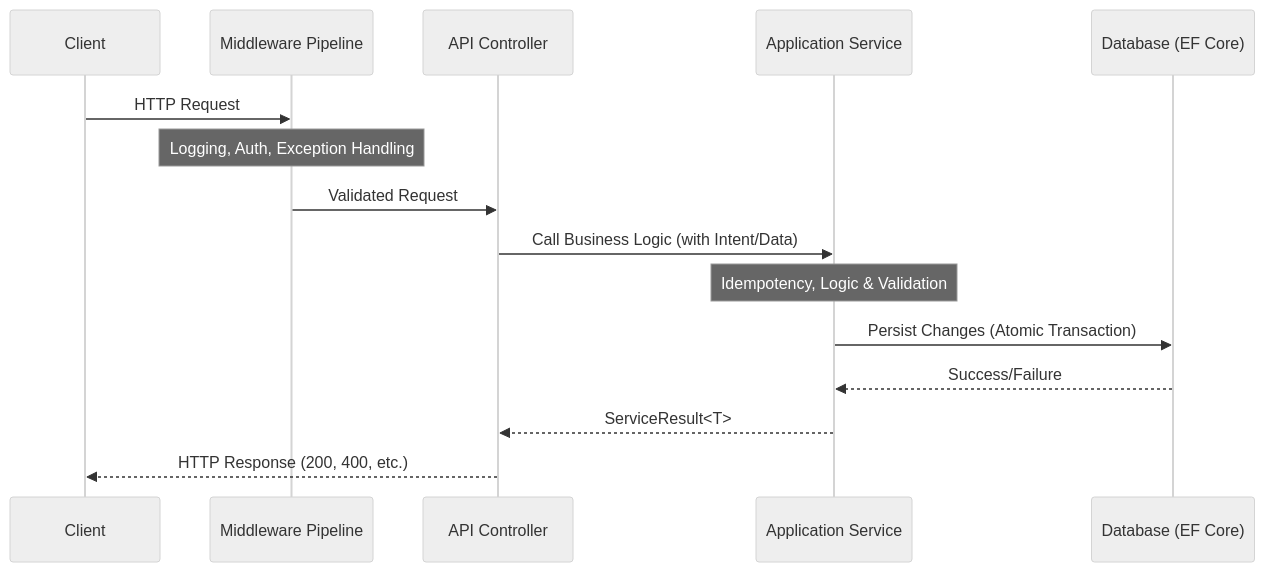
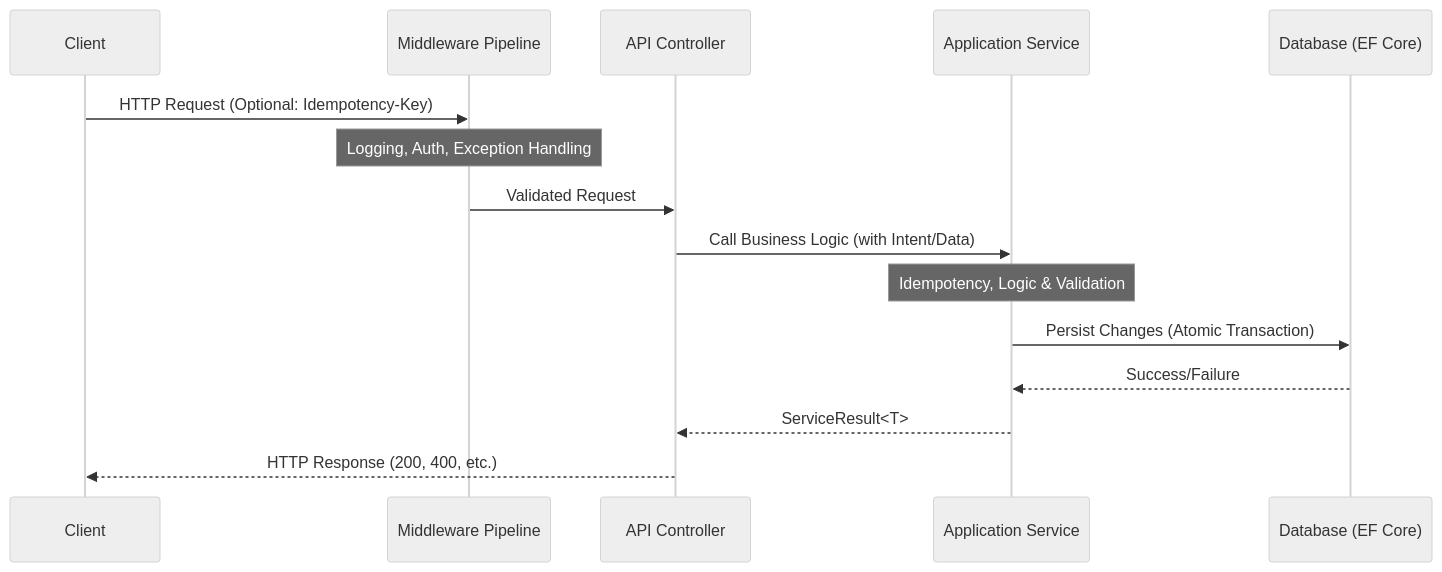
One commit to karar-hayder/ITS-SecureBank changed the diagram in REQUEST_FLOW.md. Above: the diagram before and after it, drawn with Mermaid (neutral theme). The commit also changed other lines of this file and 3 other files, not shown here.

Commit message:
docs: add README.md for project overview and key features; enhance REQUEST_FLOW.md with idempotency details; update SCHEMA.md to clarify entity attributes and relationships

````diff
--- a/REQUEST_FLOW.md
+++ b/REQUEST_FLOW.md
@@ -9,18 +9,18 @@
 ```mermaid
 sequenceDiagram
     participant Client
     participant Middleware as Middleware Pipeline
     participant Controller as API Controller
     participant Service as Application Service
     participant DB as Database (EF Core)
 
-    Client->>Middleware: HTTP Request
+    Client->>Middleware: HTTP Request (Optional: Idempotency-Key)
     Note over Middleware: Logging, Auth, Exception Handling
     Middleware->>Controller: Validated Request
     Controller->>Service: Call Business Logic (with Intent/Data)
     Note over Service: Idempotency, Logic & Validation
     Service->>DB: Persist Changes (Atomic Transaction)
     DB-->>Service: Success/Failure
     Service-->>Controller: ServiceResult<T>
     Controller-->>Client: HTTP Response (200, 400, etc.)
 ```
````
